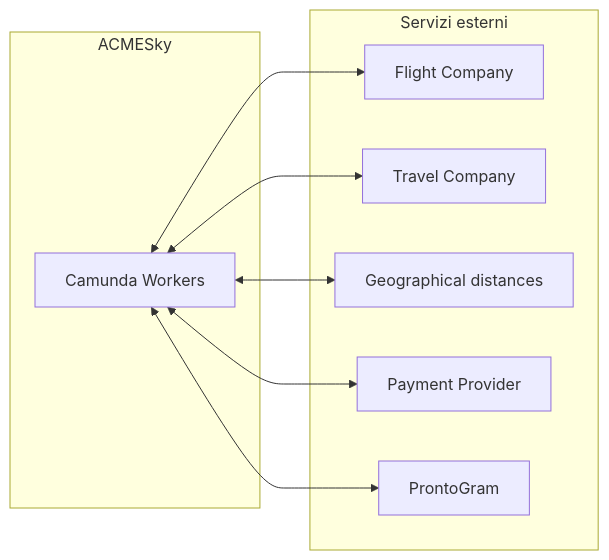
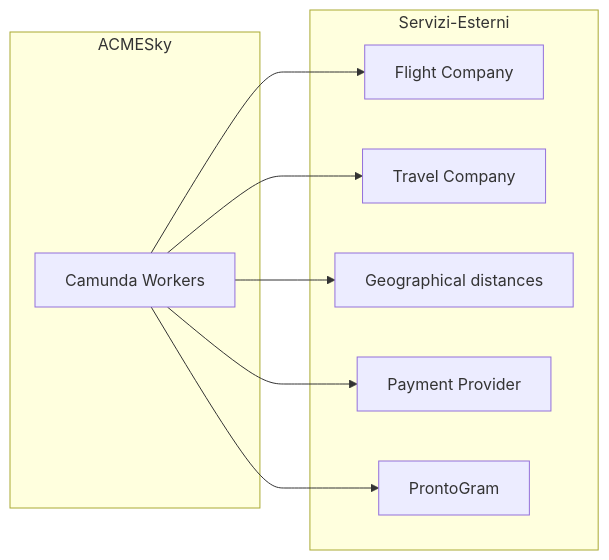
One commit to sosengers/project-documentation changed the third of 8 diagrams in docs/implementazione/acmesky.md. Above: the diagram before and after it, drawn with Mermaid. The commit also changed other lines of this file and 17 other files, not shown here.

Commit message:
Modificati diagrammi

````diff
--- a/docs/implementazione/acmesky.md
+++ b/docs/implementazione/acmesky.md
@@ -79,20 +79,20 @@
 ```mermaid
 graph LR 
-CW <--> FC[Flight Company]
-CW <--> TC[Travel Company]
-CW <--> GD[Geographical distances]
-CW <--> PP[Payment Provider]
-CW <--> PG[ProntoGram]
+CW --> FC[Flight Company]
+CW --> TC[Travel Company]
+CW --> GD[Geographical distances]
+CW --> PP[Payment Provider]
+CW --> PG[ProntoGram]
 
 subgraph ACMESky
 CW[Camunda Workers]
 end
 
-subgraph OS[Servizi esterni]
+subgraph Servizi-Esterni
 FC[Flight Company]
 TC[Travel Company]
 GD[Geographical distances]
 PP[Payment Provider]
 PG[ProntoGram]
 end
 ```
````
